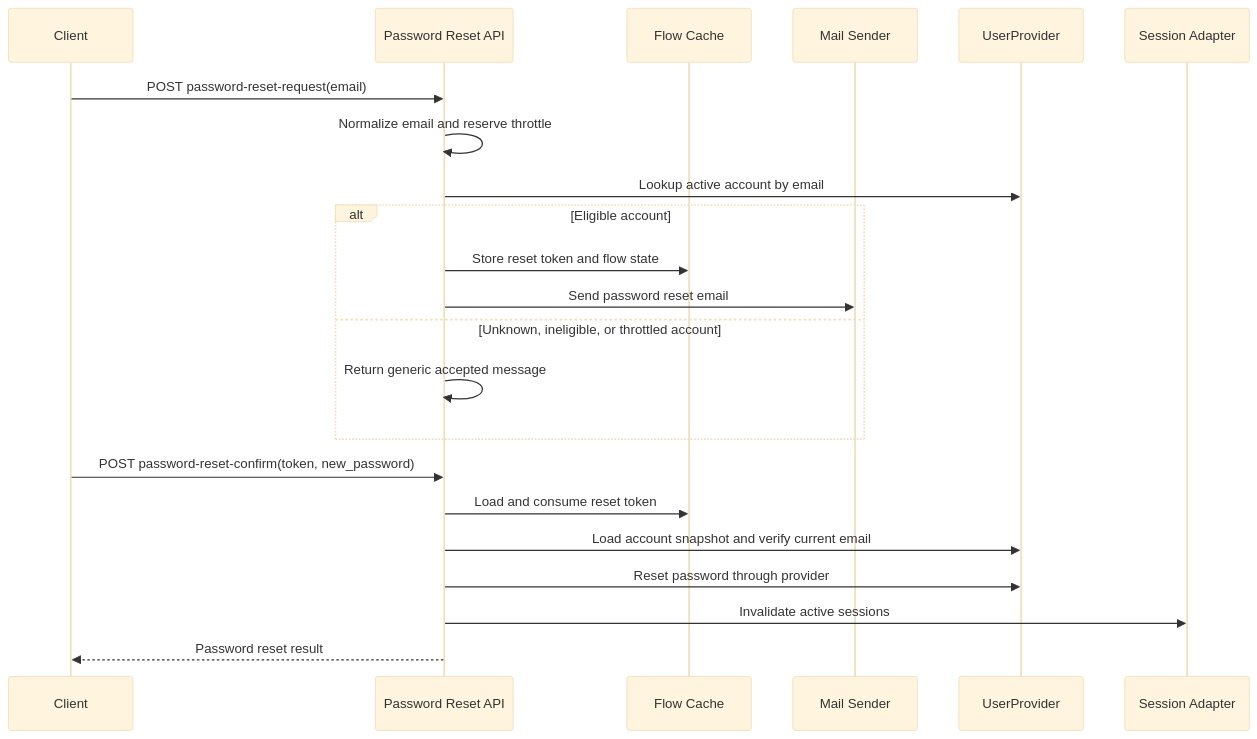
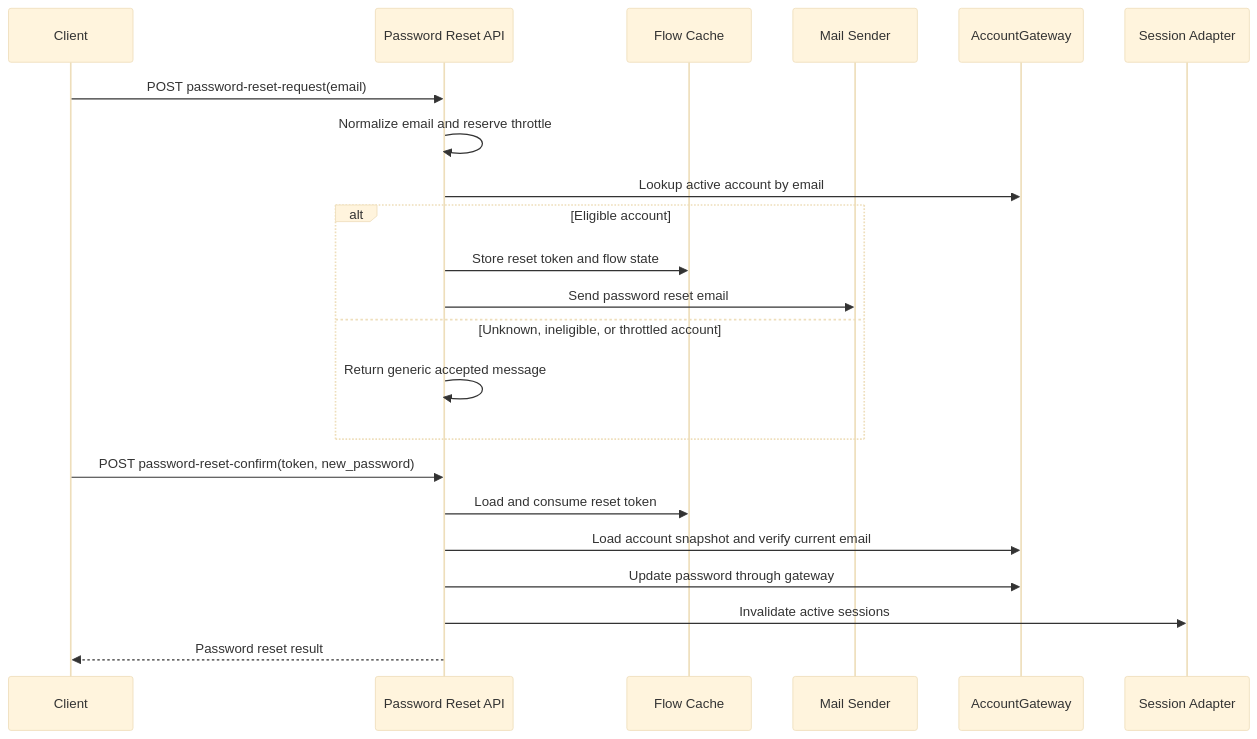
One commit to hydroan/gst changed the third of 4 diagrams in module/email/README.md. Above: the diagram before and after it, drawn with Mermaid (base theme). The commit also changed other lines of this file and 16 other files, not shown here.

Commit message:
refactor(module/email): rename user provider to account gateway

````diff
--- a/module/email/README.md
+++ b/module/email/README.md
@@ -92,25 +92,25 @@
 ```mermaid
 sequenceDiagram
     participant Client
     participant API as Password Reset API
     participant Cache as Flow Cache
     participant Mail as Mail Sender
-    participant User as UserProvider
+    participant Account as AccountGateway
     participant Session as Session Adapter
 
     Client->>API: POST password-reset-request(email)
     API->>API: Normalize email and reserve throttle
-    API->>User: Lookup active account by email
+    API->>Account: Lookup active account by email
     alt Eligible account
         API->>Cache: Store reset token and flow state
         API->>Mail: Send password reset email
     else Unknown, ineligible, or throttled account
         API->>API: Return generic accepted message
     end
     Client->>API: POST password-reset-confirm(token, new_password)
     API->>Cache: Load and consume reset token
-    API->>User: Load account snapshot and verify current email
-    API->>User: Reset password through provider
+    API->>Account: Load account snapshot and verify current email
+    API->>Account: Update password through gateway
     API->>Session: Invalidate active sessions
     API-->>Client: Password reset result
 ```
````
